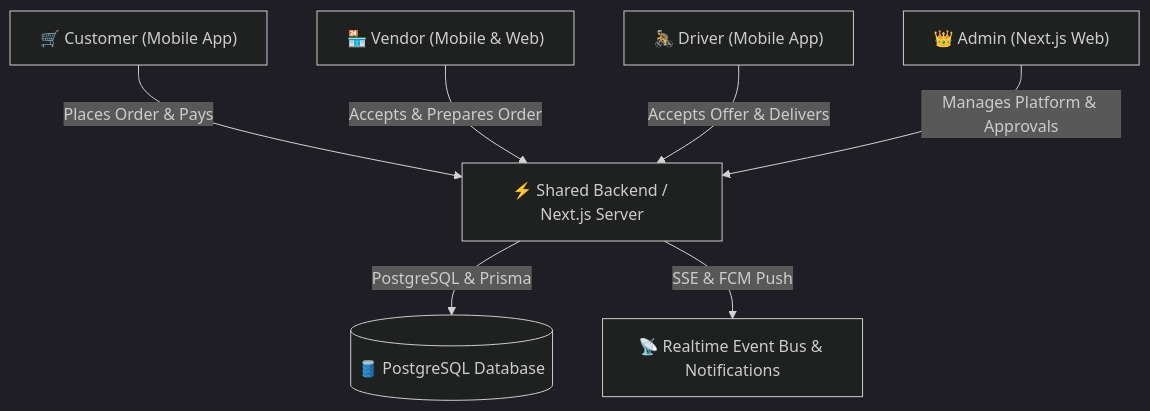
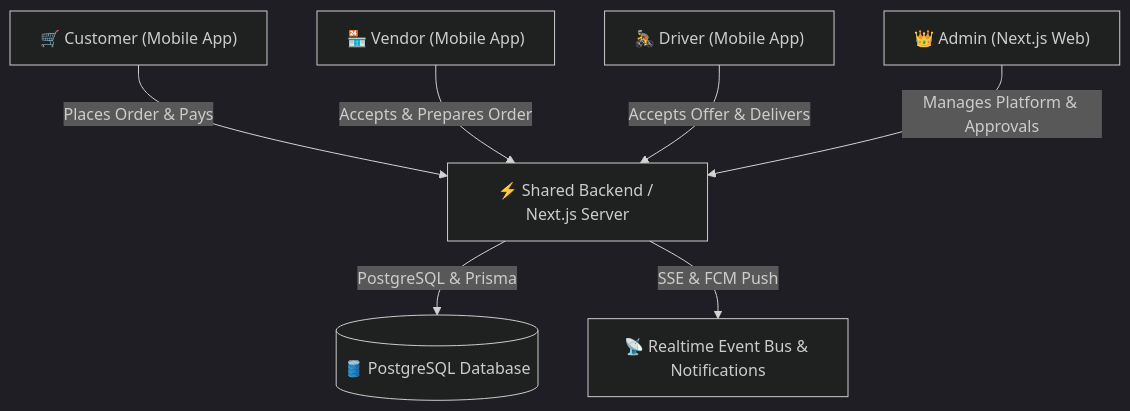
Before and after one commit to kanishkkumarsingh2004/crave: the first of 3 diagrams in README.md, drawn with Mermaid (dark theme). The commit also changed other lines of this file, not shown here.

````diff
--- a/README.md
+++ b/README.md
@@ -31,9 +33,9 @@
 ```mermaid
 graph TD
     Customer["🛒 Customer (Mobile App)"] -->|Places Order & Pays| Backend["⚡ Shared Backend / Next.js Server"]
-    Vendor["🏪 Vendor (Mobile & Web)"] -->|Accepts & Prepares Order| Backend
+    Vendor["🏪 Vendor (Mobile App)"] -->|Accepts & Prepares Order| Backend
     Driver["🚴 Driver (Mobile App)"] -->|Accepts Offer & Delivers| Backend
     Admin["👑 Admin (Next.js Web)"] -->|Manages Platform & Approvals| Backend
     Backend -->|PostgreSQL & Prisma| DB[(🛢️ PostgreSQL Database)]
     Backend -->|SSE & FCM Push| Realtime["📡 Realtime Event Bus & Notifications"]
 ```
````
